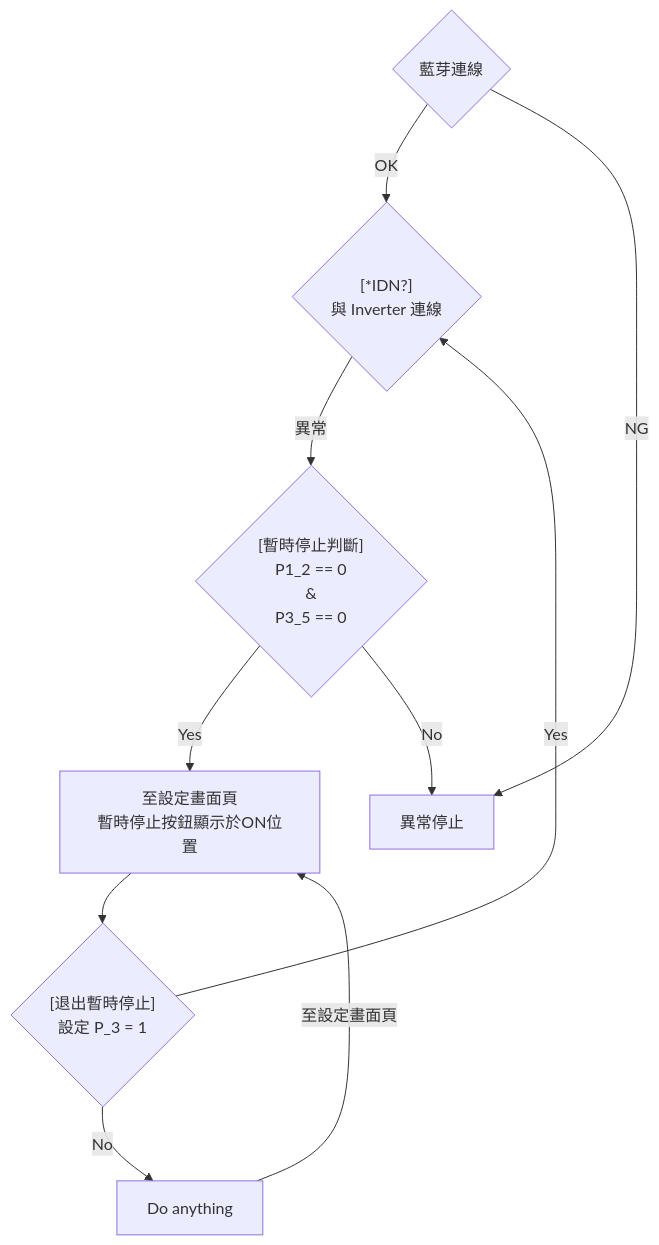
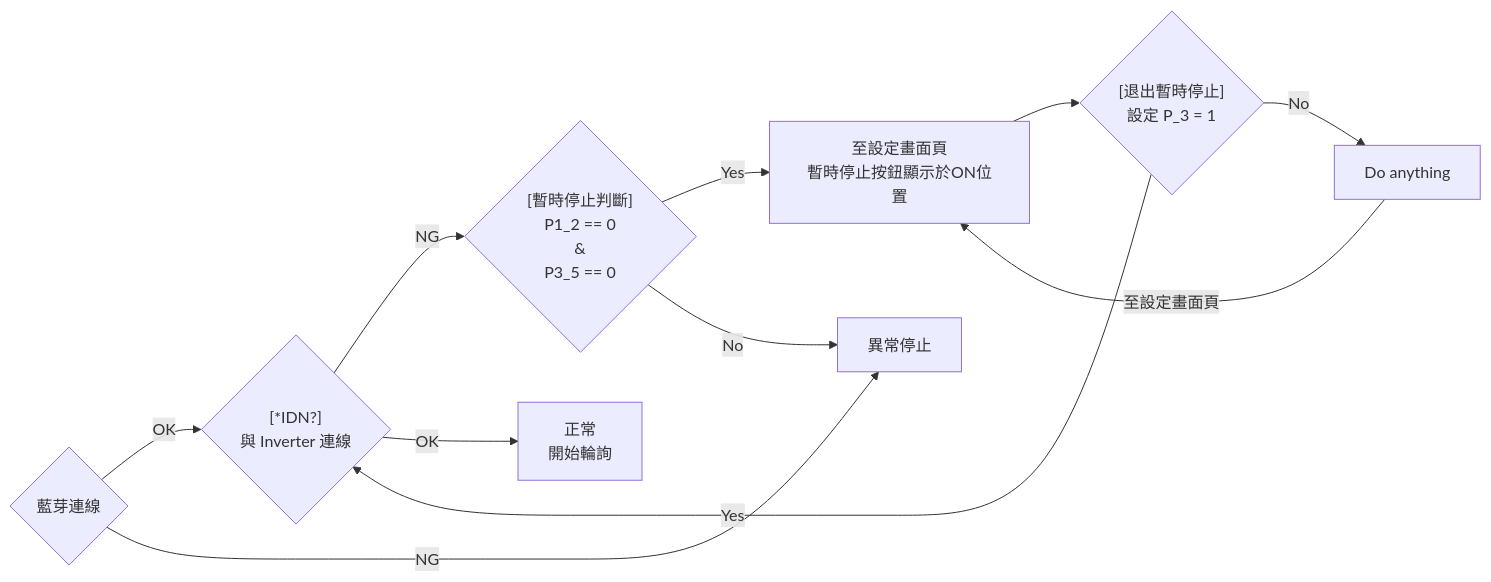
One commit to powtron-aapapp/powtron-aapapp.github.io changed diagram 15 of 15 in README.md. Above: the diagram before and after it, drawn with Mermaid.

````diff
--- a/README.md
+++ b/README.md
@@ -317,27 +317,32 @@
 ```mermaid
-flowchart TD
+
+flowchart LR
+
 A{藍芽連線}
 B{#91;*IDN?#93;<br>與 Inverter 連線}
 C{#91;暫時停止判斷#93;<br>P1_2 == 0<br>&<br>P3_5 == 0}
 D[至設定畫面頁<br>暫時停止按鈕顯示於ON位置]
 E{#91;退出暫時停止#93;<br>設定 P_3 = 1}
 F[Do anything]
 G[異常停止]
+H[正常<br>開始輪詢]
 
 %%N[fa:fa-car Car]
 %%J(Go shopping)
 %% 使用圓角矩形
 %%P[inverter連線]
 %%H[Crash]
 %% style P fill:#f9c2ff,stroke:#333,stroke-width:2px;
 
-    A --> |OK|B  
-    A --> |NG|G   
-    B --> |異常| C
-    C --> |Yes|D
-    C --> |No|G  
-    D --> E
-    E --> |Yes|B
+A --> |OK|B  
+A --> |NG|G   
+B --> |NG| C
+B --> |OK| H
+C --> |Yes|D
+C --> |No|G  
+D --> E
+E --> |Yes|B
 E --> |No|F
 F --> |至設定畫面頁|D
+
 ```
````
